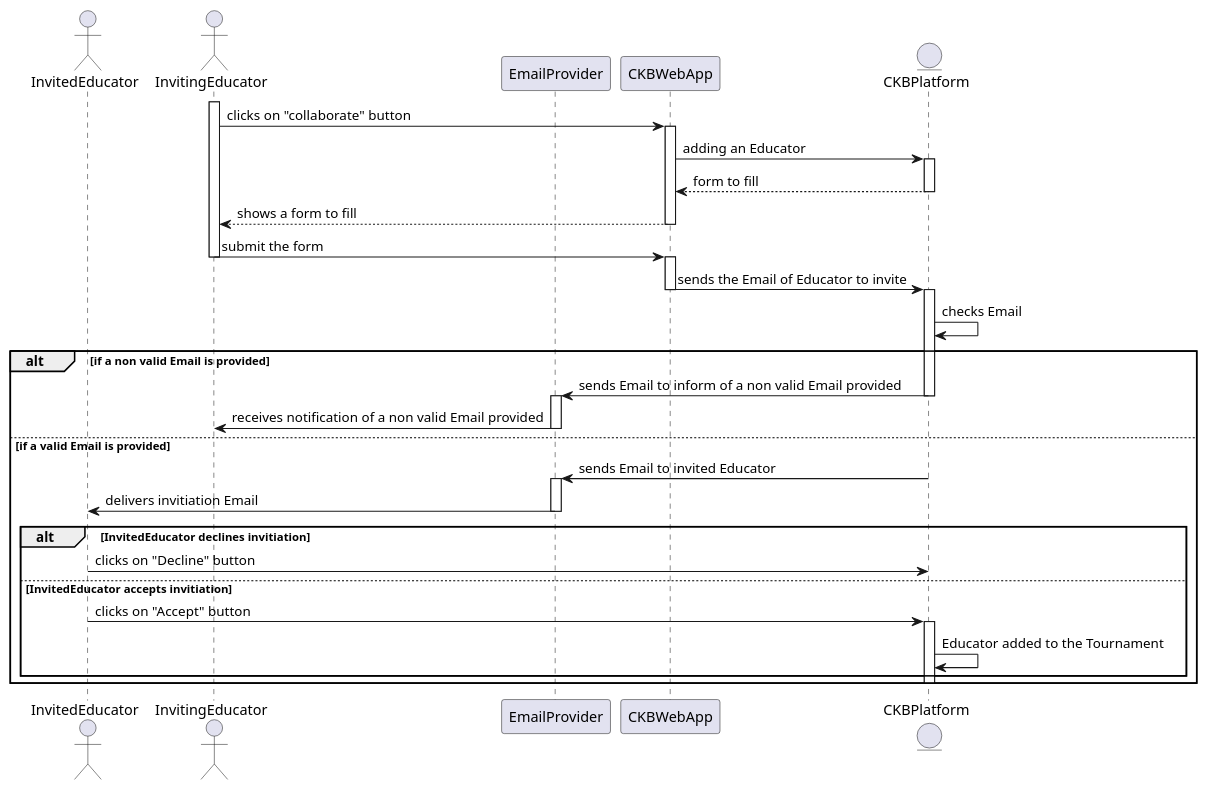
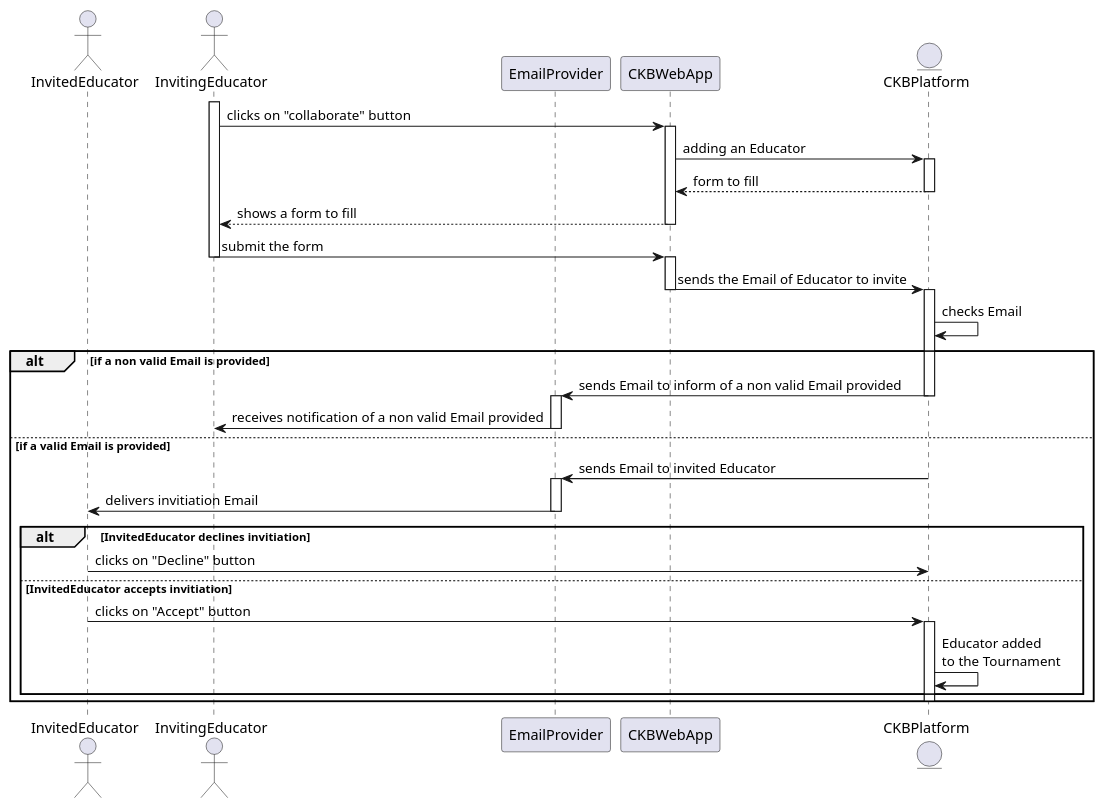
One commit to Angelo7672/SE2_Requirement-and-Design-Document changed the diagram in _RASD/Images/UML/sequenceDiagram/sequenceDiagramUC4a.wsd. Above: the diagram before and after it, drawn with PlantUML. The commit also changed 10 other files, not shown here.

```diff
--- a/_RASD/Images/UML/sequenceDiagram/sequenceDiagramUC4a.wsd
+++ b/_RASD/Images/UML/sequenceDiagram/sequenceDiagramUC4a.wsd
@@ -1,50 +1,50 @@
 @startuml
 
 
 
 actor InvitedEducator as UB
 actor InvitingEducator as UA
 participant EmailProvider as E
 participant CKBWebApp as A
 entity CKBPlatform as P
 
 activate UA
 UA -> A: clicks on "collaborate" button
 activate A
 A -> P: adding an Educator
 activate P
 P --> A: form to fill
 deactivate P
 UA <-- A: shows a form to fill 
 deactivate A
 UA -> A: submit the form
 deactivate UA
 activate A
 A -> P: sends the Email of Educator to invite
 deactivate A
 activate P
 P -> P: checks Email
 
 alt if a non valid Email is provided
     P -> E: sends Email to inform of a non valid Email provided
     deactivate P
     activate E
     E -> UA: receives notification of a non valid Email provided
     deactivate E
 else if a valid Email is provided
     P -> E: sends Email to invited Educator
     activate E
     E -> UB: delivers invitiation Email
     deactivate E
 
     alt InvitedEducator declines invitiation
         UB -> P: clicks on "Decline" button
     else InvitedEducator accepts invitiation
         UB -> P: clicks on "Accept" button
         activate P
-        P -> P: Educator added to the Tournament
+        P -> P: Educator added \nto the Tournament
     end
     deactivate P
 end 
 
 @enduml
```
